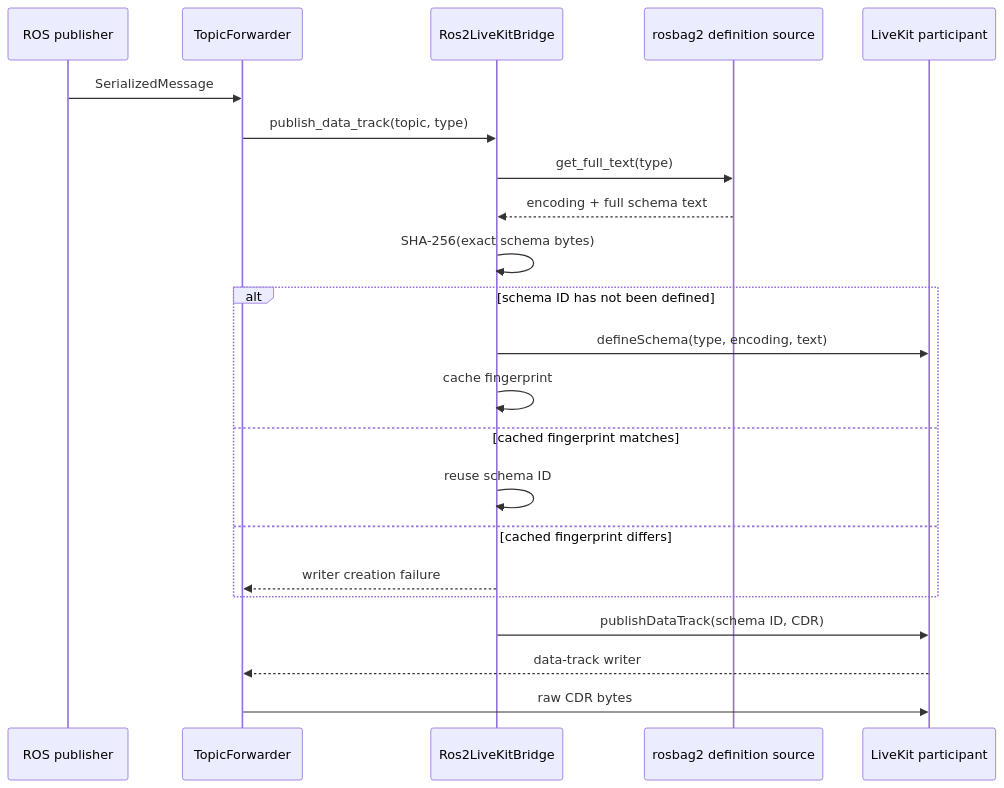
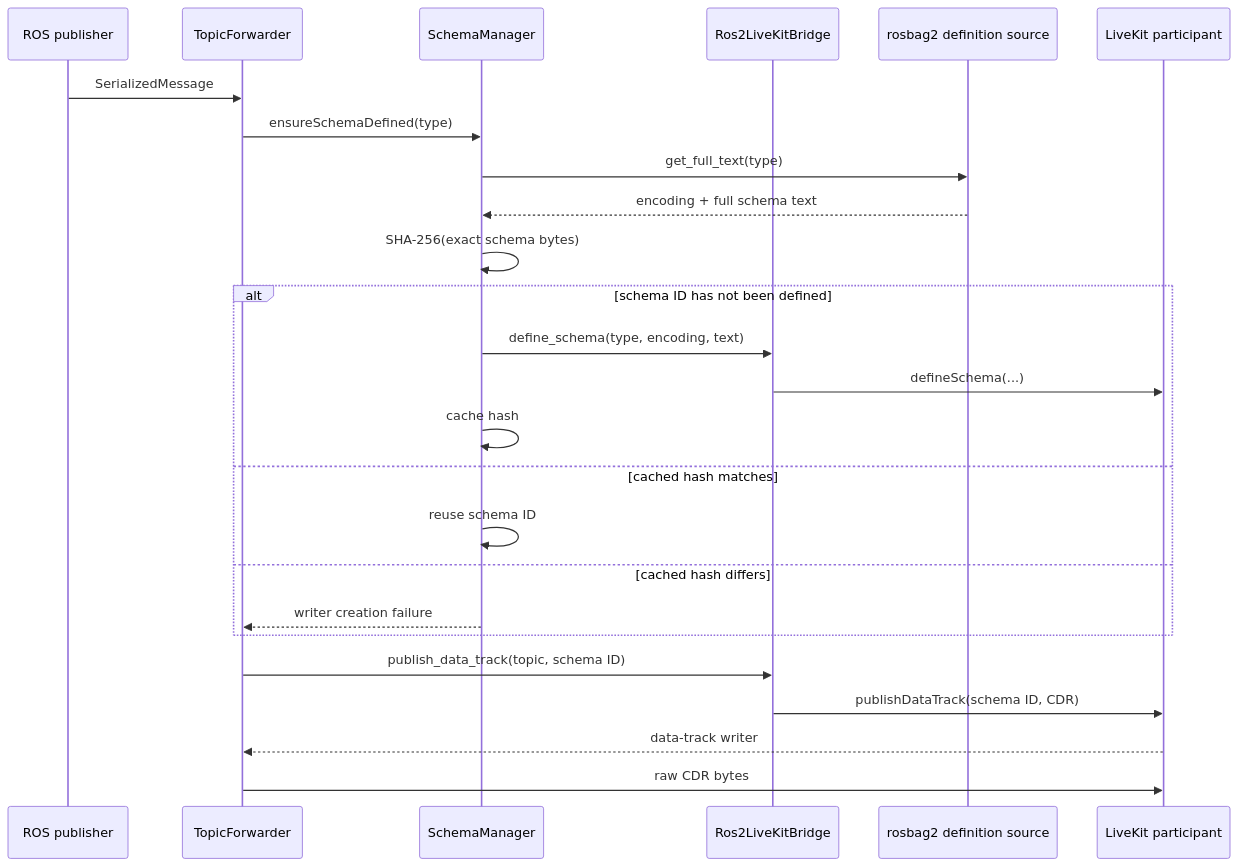
Before and after one commit to livekit/ros-portal: the third of 5 diagrams in docs/design/schema.md, drawn with Mermaid. The commit also changed other lines of this file and 16 other files, not shown here.

Commit message:
Separate schema manager class

````diff
--- a/docs/design/schema.md
+++ b/docs/design/schema.md
@@ -152,27 +148,30 @@
 ```mermaid
 sequenceDiagram
   participant ROS as ROS publisher
   participant TF as TopicForwarder
+  participant SM as SchemaManager
   participant Bridge as Ros2LiveKitBridge
   participant RB as rosbag2 definition source
   participant LK as LiveKit participant
 
   ROS->>TF: SerializedMessage
-  TF->>Bridge: publish_data_track(topic, type)
-  Bridge->>RB: get_full_text(type)
-  RB-->>Bridge: encoding + full schema text
-  Bridge->>Bridge: SHA-256(exact schema bytes)
+  TF->>SM: ensureSchemaDefined(type)
+  SM->>RB: get_full_text(type)
+  RB-->>SM: encoding + full schema text
+  SM->>SM: SHA-256(exact schema bytes)
 
   alt schema ID has not been defined
-    Bridge->>LK: defineSchema(type, encoding, text)
-    Bridge->>Bridge: cache fingerprint
-  else cached fingerprint matches
-    Bridge->>Bridge: reuse schema ID
-  else cached fingerprint differs
-    Bridge-->>TF: writer creation failure
+    SM->>Bridge: define_schema(type, encoding, text)
+    Bridge->>LK: defineSchema(...)
+    SM->>SM: cache hash
+  else cached hash matches
+    SM->>SM: reuse schema ID
+  else cached hash differs
+    SM-->>TF: writer creation failure
   end
 
+  TF->>Bridge: publish_data_track(topic, schema ID)
   Bridge->>LK: publishDataTrack(schema ID, CDR)
   LK-->>TF: data-track writer
   TF->>LK: raw CDR bytes
 ```
````
